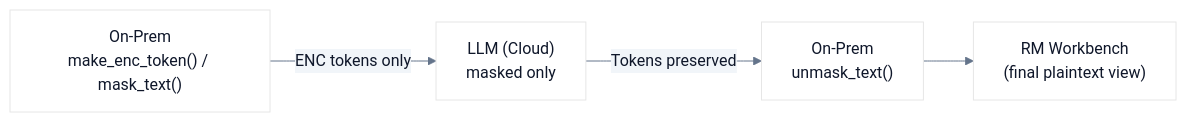
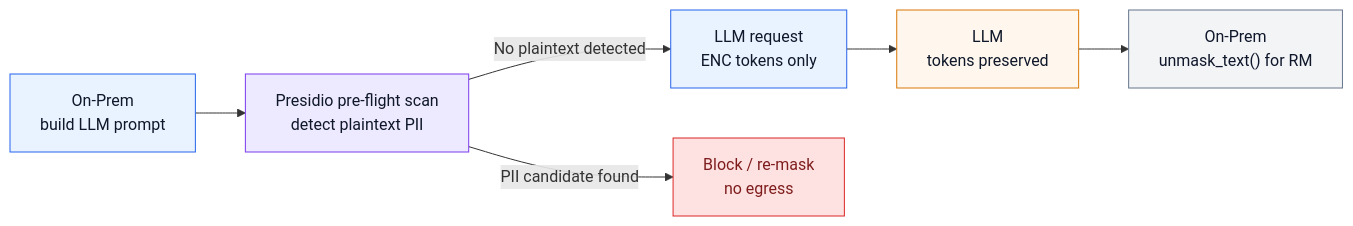
One commit to kkirko/PII-Masking-Service changed the fifth of 6 diagrams in README.md. Above: the diagram before and after it, drawn with Mermaid. The commit also changed other lines of this file and 4 other files, not shown here.

````diff
--- a/README.md
+++ b/README.md
@@ -237,7 +292,14 @@
 ```mermaid
-%%{init: {"theme":"base","themeVariables":{"fontFamily":"ui-sans-serif, system-ui, -apple-system, Segoe UI, Roboto, Arial","primaryTextColor":"#0f172a","lineColor":"#64748b","primaryColor":"#ffffff","secondaryColor":"#f1f5f9"}}}%%
 flowchart LR
-  A["On-Prem<br/>make_enc_token() / mask_text()"] -->|"ENC tokens only"| B["LLM (Cloud)<br/>masked only"]
-  B -->|"Tokens preserved"| C["On-Prem<br/>unmask_text()"]
-  C --> D["RM Workbench<br/>(final plaintext view)"]
+  classDef onprem fill:#e8f3ff,stroke:#2563eb,stroke-width:1px,color:#0f172a;
+  classDef detect fill:#ede9fe,stroke:#7c3aed,stroke-width:1px,color:#0f172a;
+  classDef cloud fill:#fff7ed,stroke:#d97706,stroke-width:1px,color:#0f172a;
+  classDef block fill:#fee2e2,stroke:#dc2626,stroke-width:1px,color:#7f1d1d;
+  classDef rm fill:#f3f4f6,stroke:#64748b,stroke-width:1px,color:#0f172a;
+
+  A["On-Prem<br/>build LLM prompt"]:::onprem --> B["Presidio pre-flight scan<br/>detect plaintext PII"]:::detect
+  B -->|"No plaintext detected"| C["LLM request<br/>ENC tokens only"]:::onprem
+  B -->|"PII candidate found"| D["Block / re-mask<br/>no egress"]:::block
+  C --> E["LLM<br/>tokens preserved"]:::cloud
+  E --> F["On-Prem<br/>unmask_text() for RM"]:::rm
 ```
````
